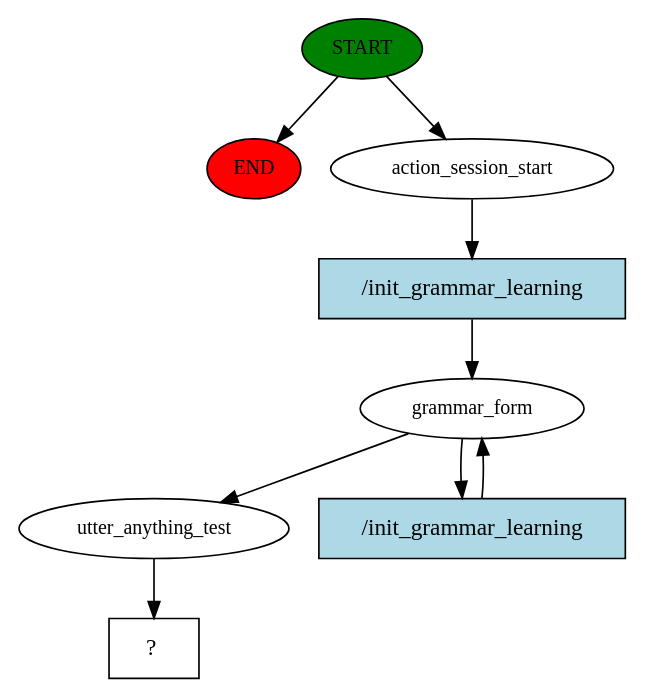
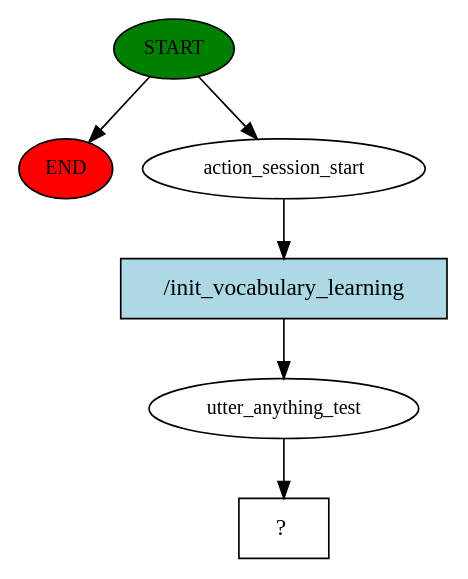
One commit to freitas000jeferson/tcc-le-rasa changed the diagram in story_graph.dot. Above: the diagram before and after it, drawn with Graphviz. The commit also changed 9 other files, not shown here.

```diff
--- a/story_graph.dot
+++ b/story_graph.dot
@@ -1,18 +1,13 @@
 digraph  {
 0 [class="start active", fillcolor=green, fontsize=12, label=START, style=filled];
 "-1" [class=end, fillcolor=red, fontsize=12, label=END, style=filled];
 1 [class=active, fontsize=12, label=action_session_start];
-2 [class=active, fontsize=12, label=grammar_form];
-4 [class=active, fontsize=12, label=utter_anything_test];
-5 [class="intent dashed active", label="  ?  ", shape=rect];
-6 [class="intent active", fillcolor=lightblue, label="/init_grammar_learning", shape=rect, style=filled];
-7 [class="intent active", fillcolor=lightblue, label="/init_grammar_learning", shape=rect, style=filled];
+2 [class=active, fontsize=12, label=utter_anything_test];
+3 [class="intent dashed active", label="  ?  ", shape=rect];
+4 [class="intent active", fillcolor=lightblue, label="/init_vocabulary_learning", shape=rect, style=filled];
 0 -> "-1"  [class="", key=NONE, label=""];
 0 -> 1  [class=active, key=NONE, label=""];
-1 -> 6  [class=active, key=0];
-2 -> 4  [class=active, key=NONE, label=""];
-2 -> 7  [class=active, key=0];
-4 -> 5  [class=active, key=NONE, label=""];
-6 -> 2  [class=active, key=0];
-7 -> 2  [class=active, key=0];
+1 -> 4  [class=active, key=0];
+2 -> 3  [class=active, key=NONE, label=""];
+4 -> 2  [class=active, key=0];
 }
```
